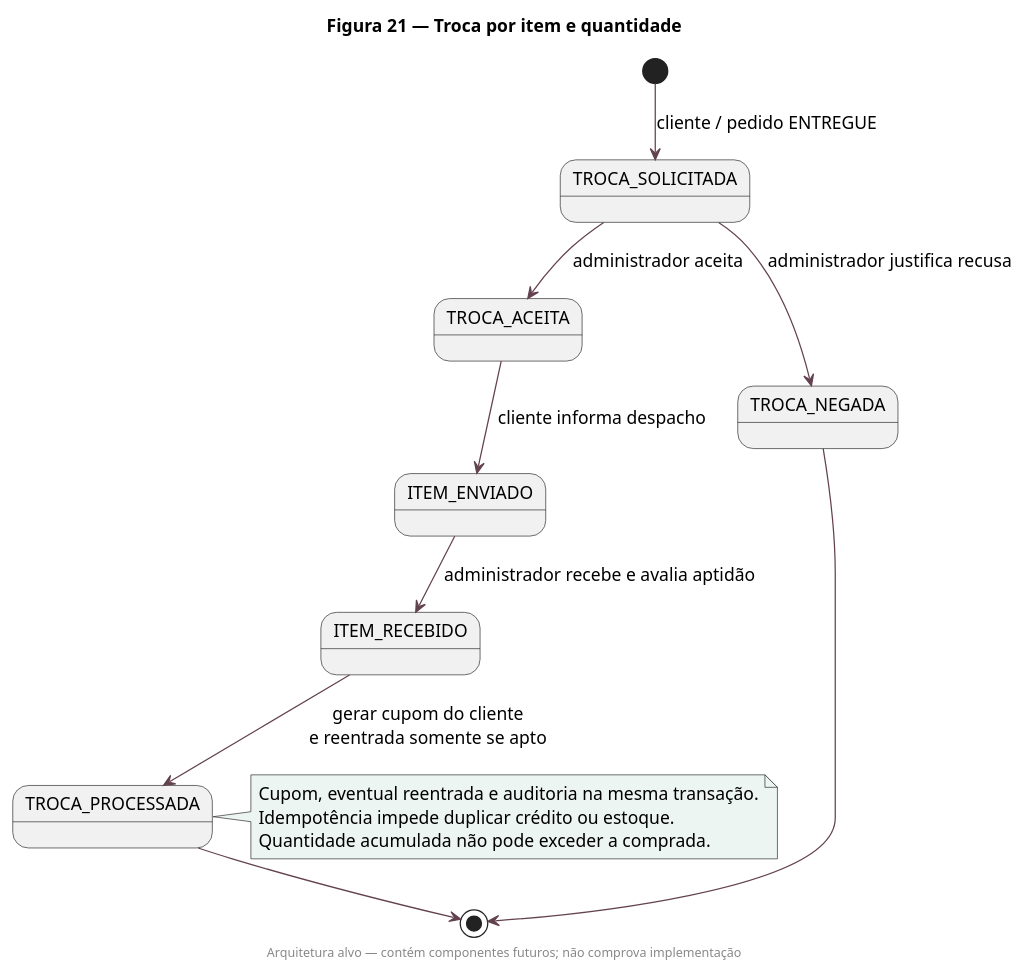
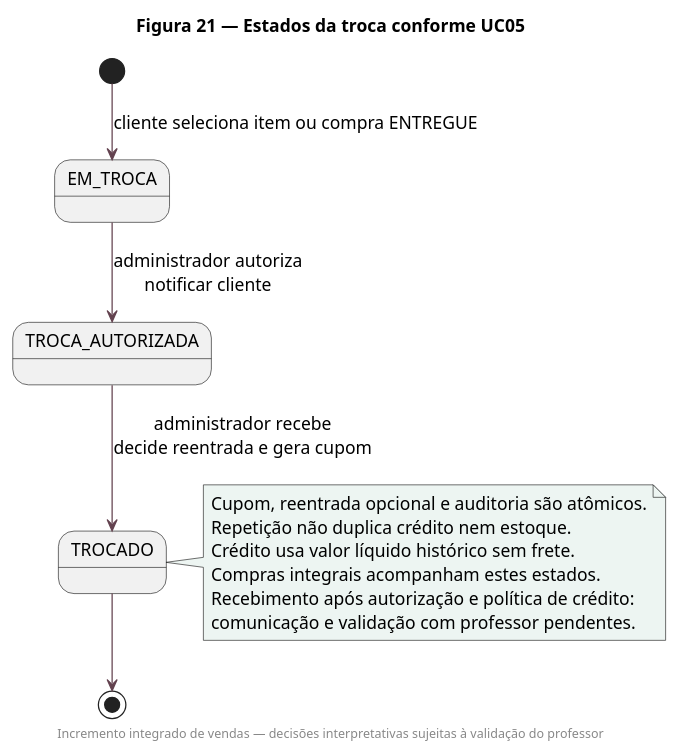
Before and after one commit to krisnarane/Aura_Lab: diagram 21 of 25 in docs/dvp-uml-2026/CODIGOS-UML.md, drawn with PlantUML. The commit also changed other lines of this file and 89 other files, not shown here.

````diff
--- a/docs/dvp-uml-2026/CODIGOS-UML.md
+++ b/docs/dvp-uml-2026/CODIGOS-UML.md
@@ -2123,33 +2110,32 @@
 ```plantuml
 @startuml
 skinparam backgroundColor white
 skinparam shadowing false
 skinparam defaultFontName Arial
 skinparam defaultFontSize 14
 skinparam classAttributeIconSize 0
 skinparam packageStyle rectangle
 skinparam componentStyle rectangle
 skinparam ArrowColor #63424F
 skinparam ClassBackgroundColor #FFF8E6
 skinparam PackageBackgroundColor #F7F3F5
 skinparam NoteBackgroundColor #EDF5F2
 skinparam nodesep 30
 skinparam ranksep 40
 hide empty members
-title Figura 21 — Troca por item e quantidade
-footer Arquitetura alvo — contém componentes futuros; não comprova implementação
-[*] --> TROCA_SOLICITADA : cliente / pedido ENTREGUE
-TROCA_SOLICITADA --> TROCA_ACEITA : administrador aceita
-TROCA_SOLICITADA --> TROCA_NEGADA : administrador justifica recusa
-TROCA_ACEITA --> ITEM_ENVIADO : cliente informa despacho
-ITEM_ENVIADO --> ITEM_RECEBIDO : administrador recebe e avalia aptidão
-ITEM_RECEBIDO --> TROCA_PROCESSADA : gerar cupom do cliente\ne reentrada somente se apto
-TROCA_NEGADA --> [*]
-TROCA_PROCESSADA --> [*]
-note right of TROCA_PROCESSADA
- Cupom, eventual reentrada e auditoria na mesma transação.
- Idempotência impede duplicar crédito ou estoque.
- Quantidade acumulada não pode exceder a comprada.
+title Figura 21 — Estados da troca conforme UC05
+footer Incremento integrado de vendas — decisões interpretativas sujeitas à validação do professor
+[*] --> EM_TROCA : cliente seleciona item ou compra ENTREGUE
+EM_TROCA --> TROCA_AUTORIZADA : administrador autoriza\nnotificar cliente
+TROCA_AUTORIZADA --> TROCADO : administrador recebe\ndecide reentrada e gera cupom
+TROCADO --> [*]
+note right of TROCADO
+ Cupom, reentrada opcional e auditoria são atômicos.
+ Repetição não duplica crédito nem estoque.
+ Crédito usa valor líquido histórico sem frete.
+ Compras integrais acompanham estes estados.
+ Recebimento após autorização e política de crédito:
+ comunicação e validação com professor pendentes.
 end note
 @enduml
 ```
````
